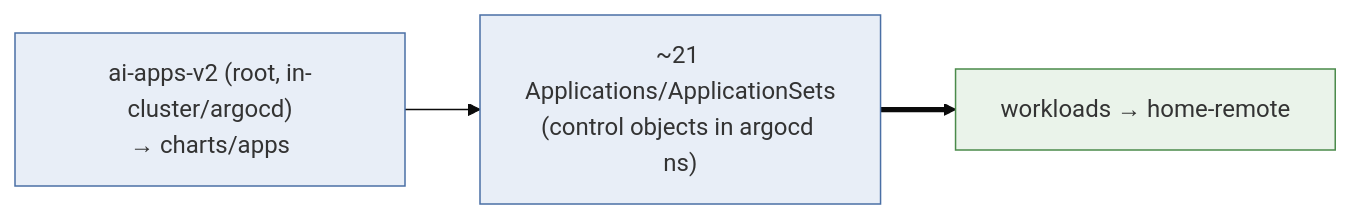
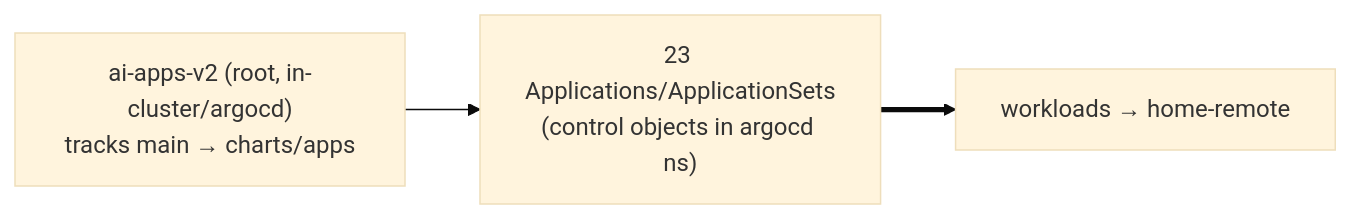
One commit to ADORSYS-GIS/ai-helm changed the third of 7 diagrams in docs/architecture.md. Above: the diagram before and after it, drawn with Mermaid (base theme). The commit also changed other lines of this file and 13 other files, not shown here.

First line of the commit message:
docs(architecture): uncolor all mermaid; refresh CD/components; add diagrams

````diff
--- a/docs/architecture.md
+++ b/docs/architecture.md
@@ -98,9 +98,7 @@
 ```mermaid
 flowchart LR
-    ROOT["ai-apps-v2 (root, in-cluster/argocd)<br/>→ charts/apps"]:::ctrl
-    APPS["~21 Applications/ApplicationSets<br/>(control objects in argocd ns)"]:::ctrl
-    WL["workloads → home-remote"]:::own
+    ROOT["ai-apps-v2 (root, in-cluster/argocd)<br/>tracks main → charts/apps"]
+    APPS["23 Applications/ApplicationSets<br/>(control objects in argocd ns)"]
+    WL["workloads → home-remote"]
     ROOT --> APPS ==> WL
-    classDef own fill:#eaf3ea,stroke:#4a8a4a;
-    classDef ctrl fill:#e8eef7,stroke:#4a6fa5;
 ```
````
